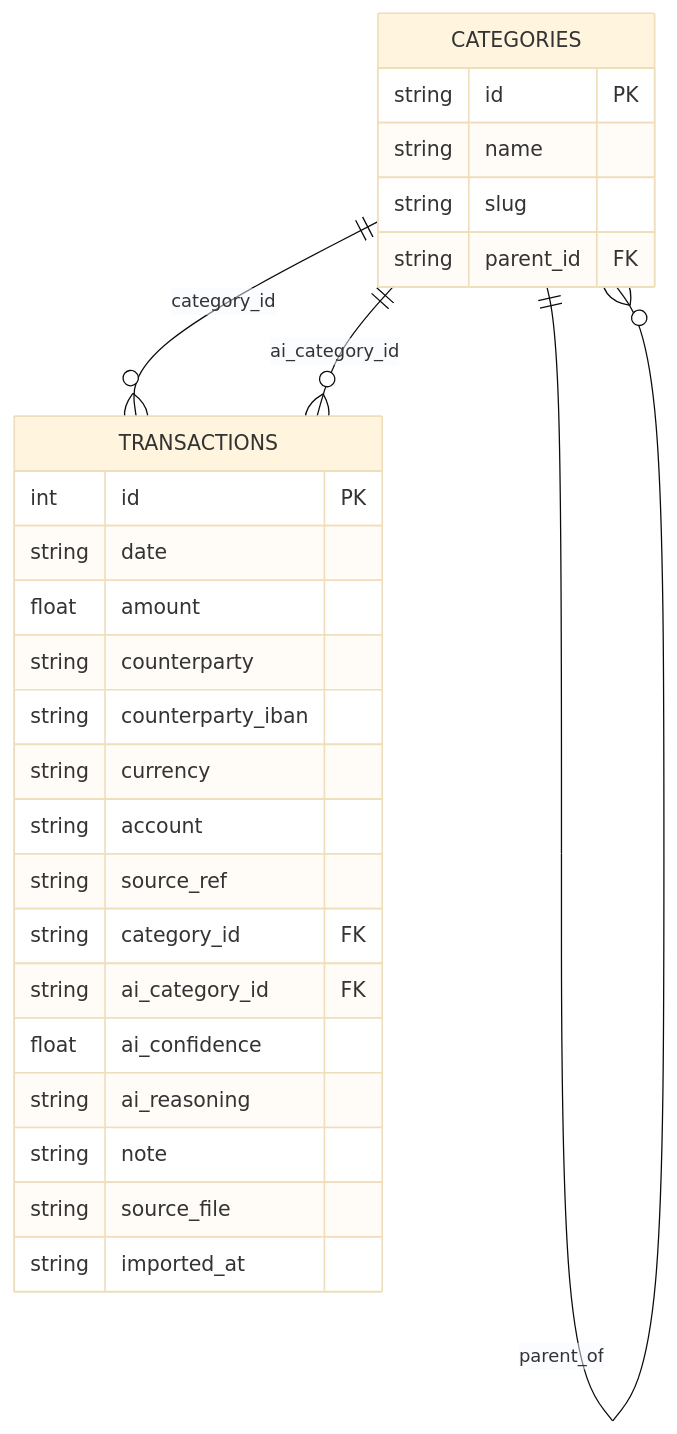
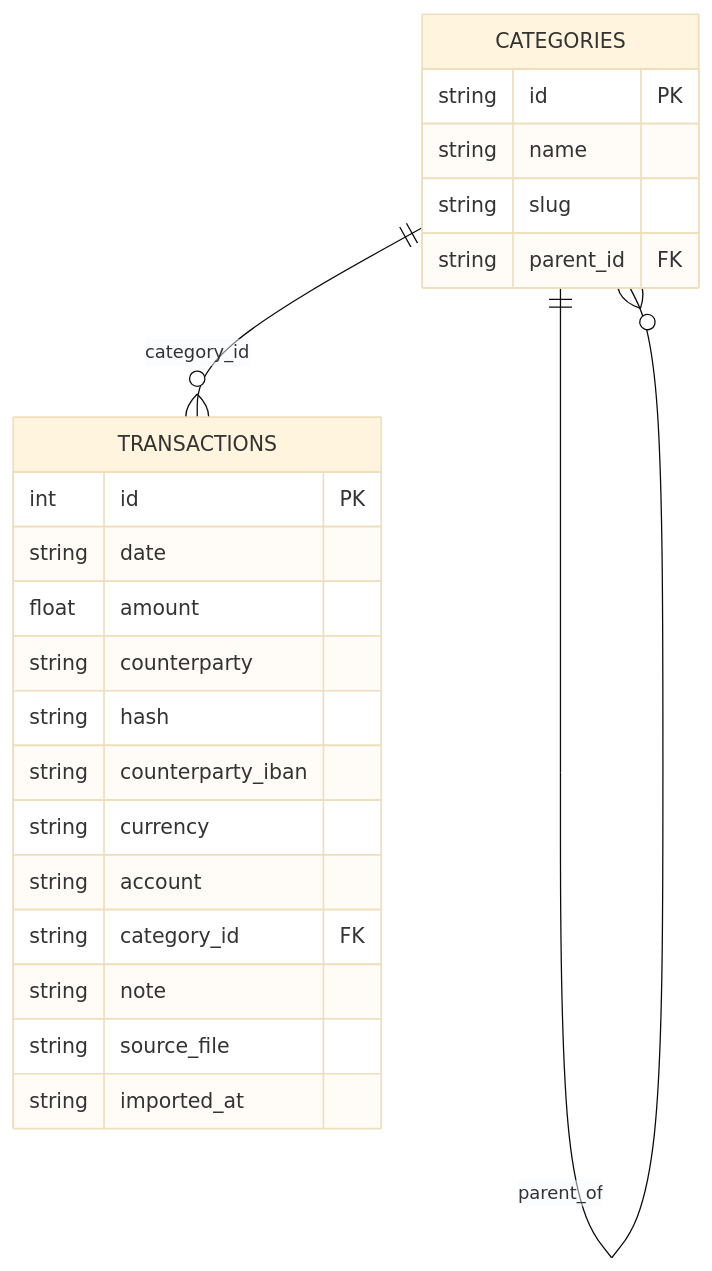
The diagram in src/db/README.md (lfarci/flouz), drawn with Mermaid (base theme) before and after one commit. The commit also changed 16 other files, not shown here.

````diff
--- a/src/db/README.md
+++ b/src/db/README.md
@@ -7,31 +7,27 @@
 ```mermaid
 erDiagram
     CATEGORIES {
         string id PK
         string name
         string slug
         string parent_id FK
     }
 
     TRANSACTIONS {
         int id PK
         string date
         float amount
         string counterparty
+        string hash
         string counterparty_iban
         string currency
         string account
-        string source_ref
         string category_id FK
-        string ai_category_id FK
-        float ai_confidence
-        string ai_reasoning
         string note
         string source_file
         string imported_at
     }
 
     CATEGORIES ||--o{ CATEGORIES : parent_of
     CATEGORIES ||--o{ TRANSACTIONS : category_id
-    CATEGORIES ||--o{ TRANSACTIONS : ai_category_id
 ```
````
